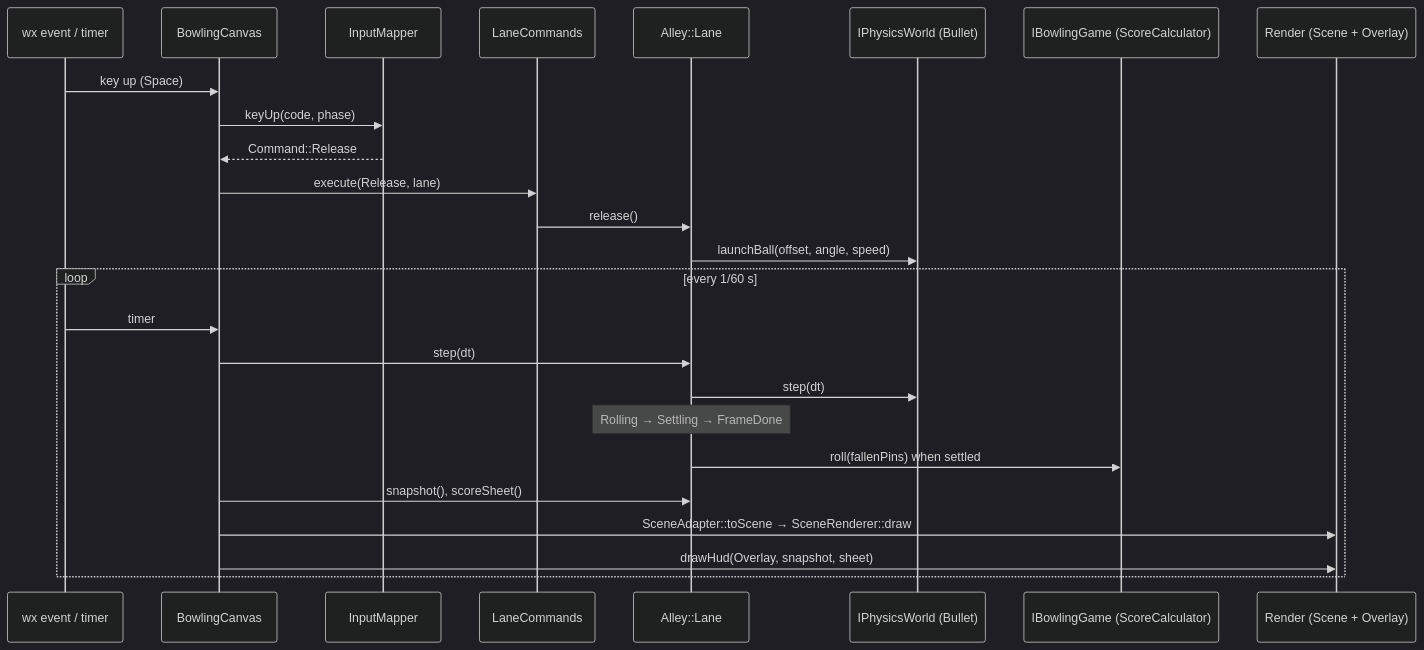
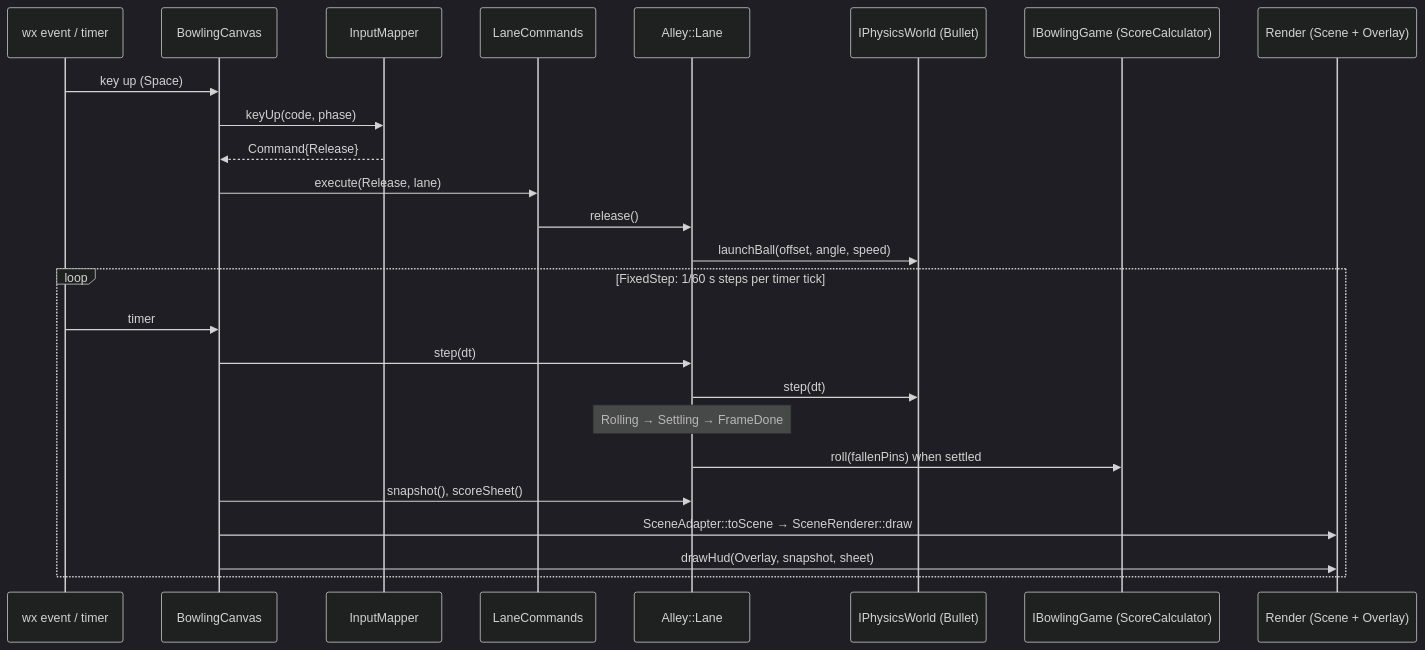
Before and after one commit to medaminben/Bowlingbox: the third of 3 diagrams in docs/ARCHITECTURE.md, drawn with Mermaid (dark theme). The commit also changed other lines of this file and 2 other files, not shown here.

````diff
--- a/docs/ARCHITECTURE.md
+++ b/docs/ARCHITECTURE.md
@@ -181,28 +187,28 @@
 ```mermaid
 sequenceDiagram
     participant wx as wx event / timer
     participant C as BowlingCanvas
     participant IM as InputMapper
     participant LC as LaneCommands
     participant L as Alley::Lane
     participant W as IPhysicsWorld (Bullet)
     participant S as IBowlingGame (ScoreCalculator)
     participant R as Render (Scene + Overlay)
 
     wx->>C: key up (Space)
     C->>IM: keyUp(code, phase)
-    IM-->>C: Command::Release
+    IM-->>C: Command{Release}
     C->>LC: execute(Release, lane)
     LC->>L: release()
     L->>W: launchBall(offset, angle, speed)
-    loop every 1/60 s
+    loop FixedStep: 1/60 s steps per timer tick
         wx->>C: timer
         C->>L: step(dt)
         L->>W: step(dt)
         Note over L: Rolling → Settling → FrameDone
         L->>S: roll(fallenPins) when settled
         C->>L: snapshot(), scoreSheet()
         C->>R: SceneAdapter::toScene → SceneRenderer::draw
         C->>R: drawHud(Overlay, snapshot, sheet)
     end
 ```
````
